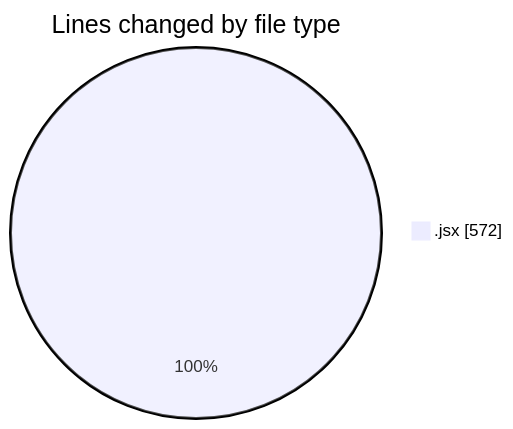
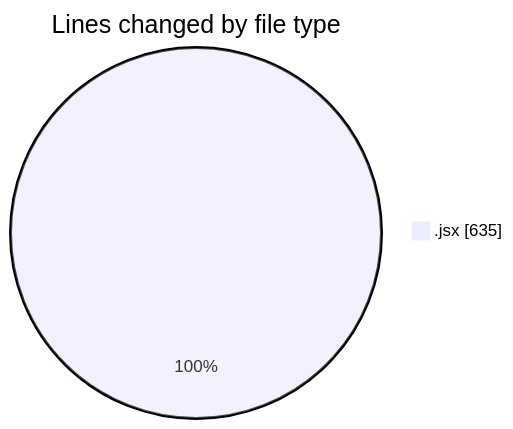
One commit to nxtqubesakshisongat/code-tracking changed the first of 2 diagrams in 2025-06-06/nxtqube_webapp/README.md. Above: the diagram before and after it, drawn with Mermaid. The commit also changed other lines of this file and 1 other file, not shown here.

````diff
--- a/2025-06-06/nxtqube_webapp/README.md
+++ b/2025-06-06/nxtqube_webapp/README.md
@@ -20,5 +20,5 @@
 ```mermaid
 pie showData
 title Lines changed by file type
-".jsx" : 572
+".jsx" : 635
 ```
````
